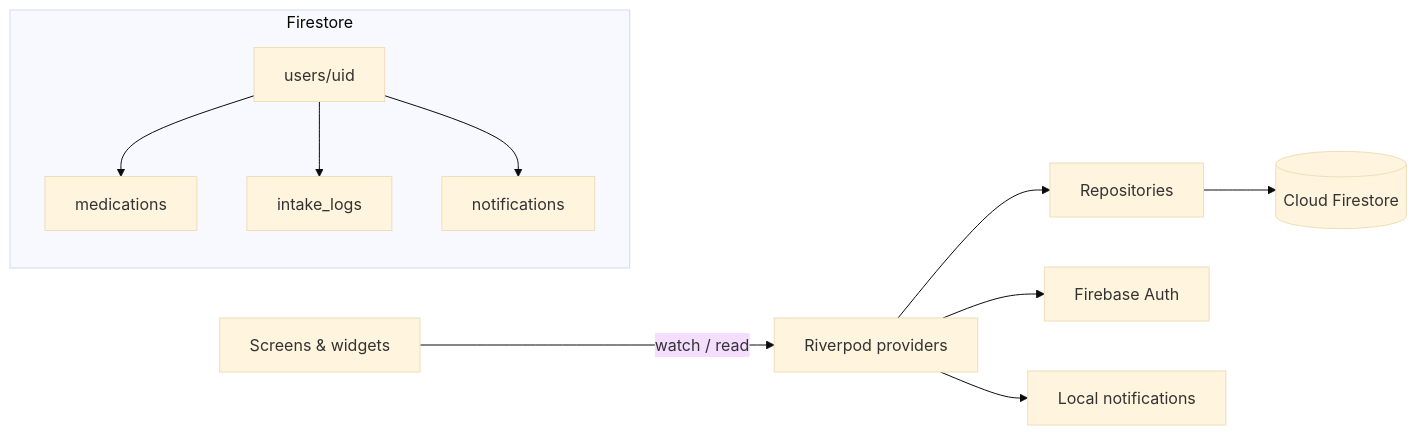
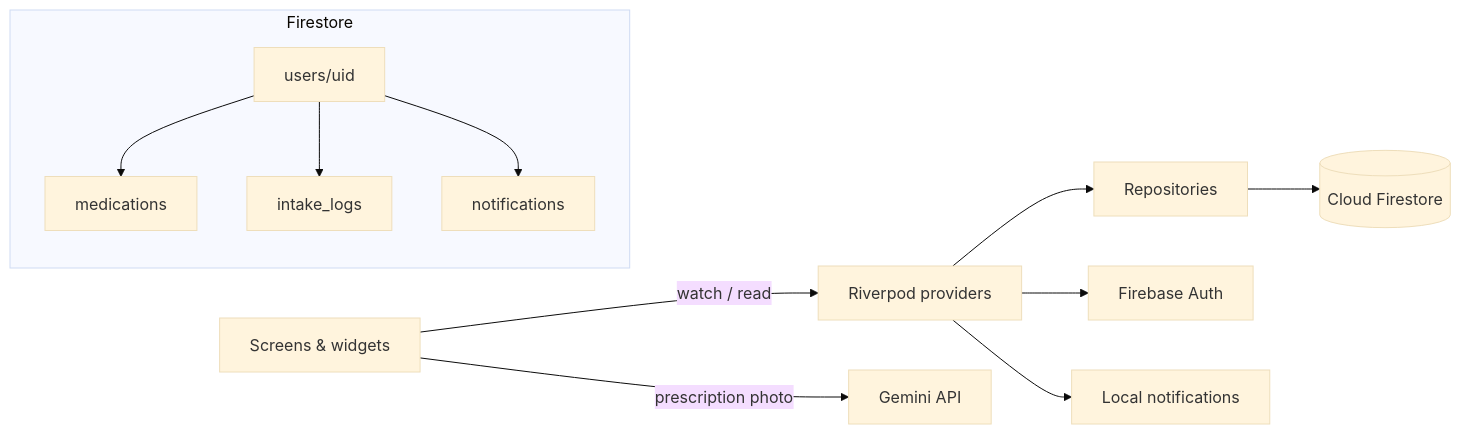
One commit to chaimaelakremi/MedCare changed the diagram in README.md. Above: the diagram before and after it, drawn with Mermaid (base theme). The commit also changed other lines of this file and 14 other files, not shown here.

First line of the commit message:
Add screenshots and Gemini prescription scanner

````diff
--- a/README.md
+++ b/README.md
@@ -70,14 +72,15 @@
 ```mermaid
 flowchart LR
     UI[Screens & widgets] -->|watch / read| P[Riverpod providers]
     P --> R[Repositories]
     R --> FS[(Cloud Firestore)]
     P --> A[Firebase Auth]
     P --> N[Local notifications]
+    UI -->|prescription photo| G[Gemini API]
 
     subgraph Firestore
         U[users/uid] --> M[medications]
         U --> L[intake_logs]
         U --> NT[notifications]
     end
 ```
````
